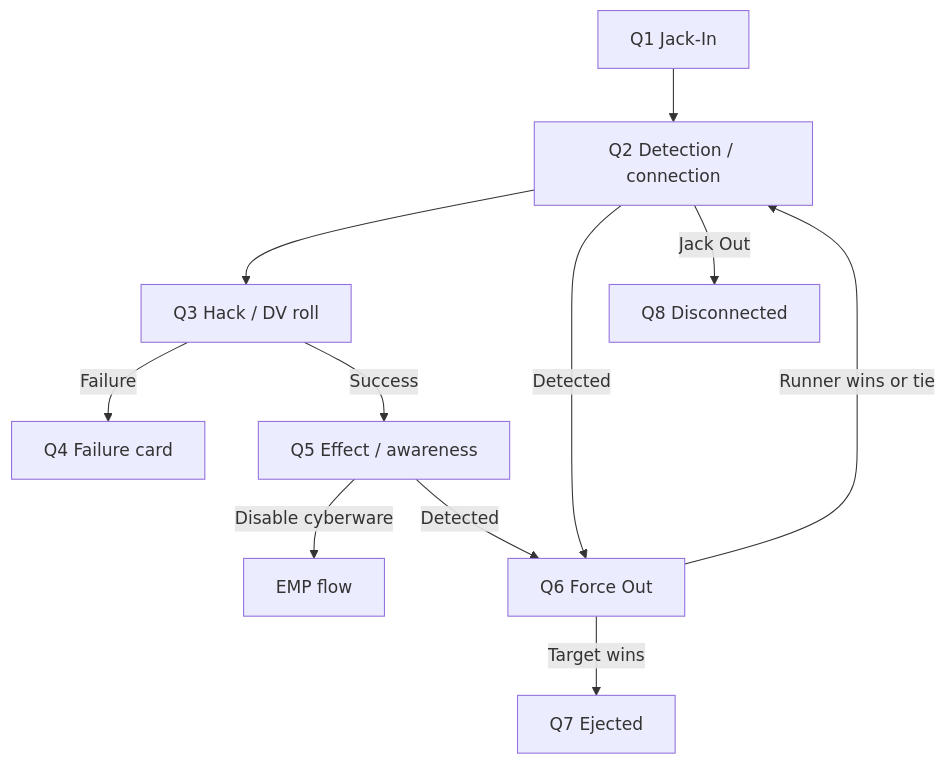
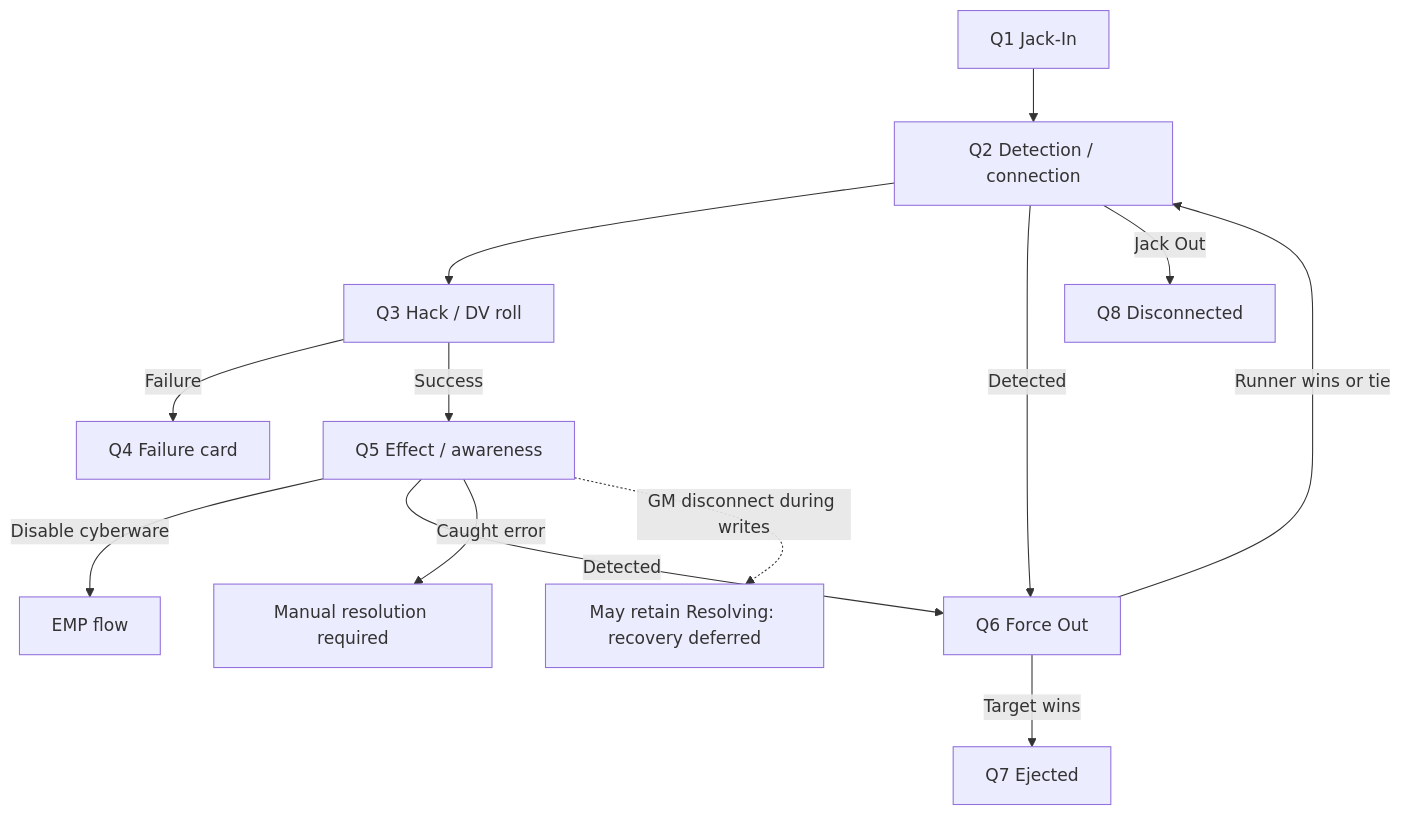
Before and after one commit to GMPneuma/PneumaCombatTools: the eighth of 15 diagrams in docs/flow-map.md, drawn with Mermaid. The commit also changed other lines of this file and 74 other files, not shown here.

```diff
--- a/docs/flow-map.md
+++ b/docs/flow-map.md
@@ -198,13 +208,15 @@
 ~~~mermaid
 flowchart TD
  Q1["Q1 Jack-In"] --> Q2["Q2 Detection / connection"]
  Q2 --> Q3["Q3 Hack / DV roll"]
  Q3 -->|Failure| Q4["Q4 Failure card"]
  Q3 -->|Success| Q5["Q5 Effect / awareness"]
  Q5 -->|Disable cyberware| E["EMP flow"]
  Q2 -->|Detected| Q6["Q6 Force Out"]
  Q5 -->|Detected| Q6
+ Q5 -->|Caught error| QM["Manual resolution required"]
+ Q5 -.->|GM disconnect during writes| QX["May retain Resolving: recovery deferred"]
  Q6 -->|Target wins| Q7["Q7 Ejected"]
  Q6 -->|Runner wins or tie| Q2
  Q2 -->|Jack Out| Q8["Q8 Disconnected"]
 ~~~
```
